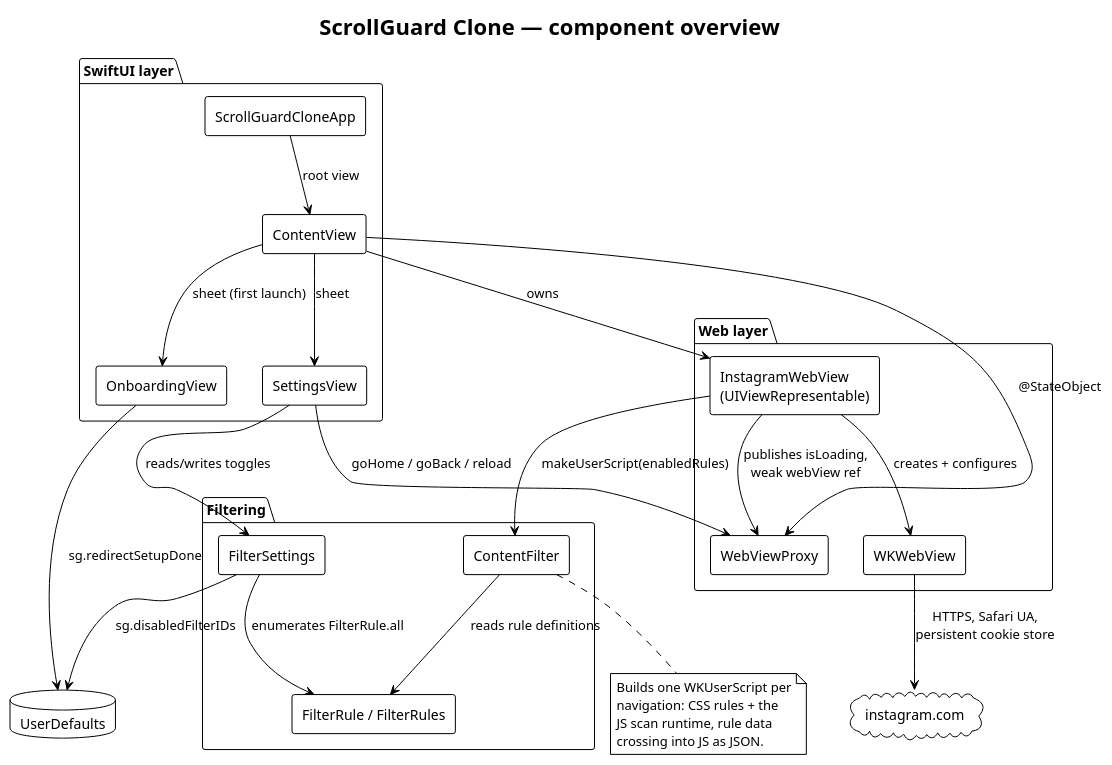
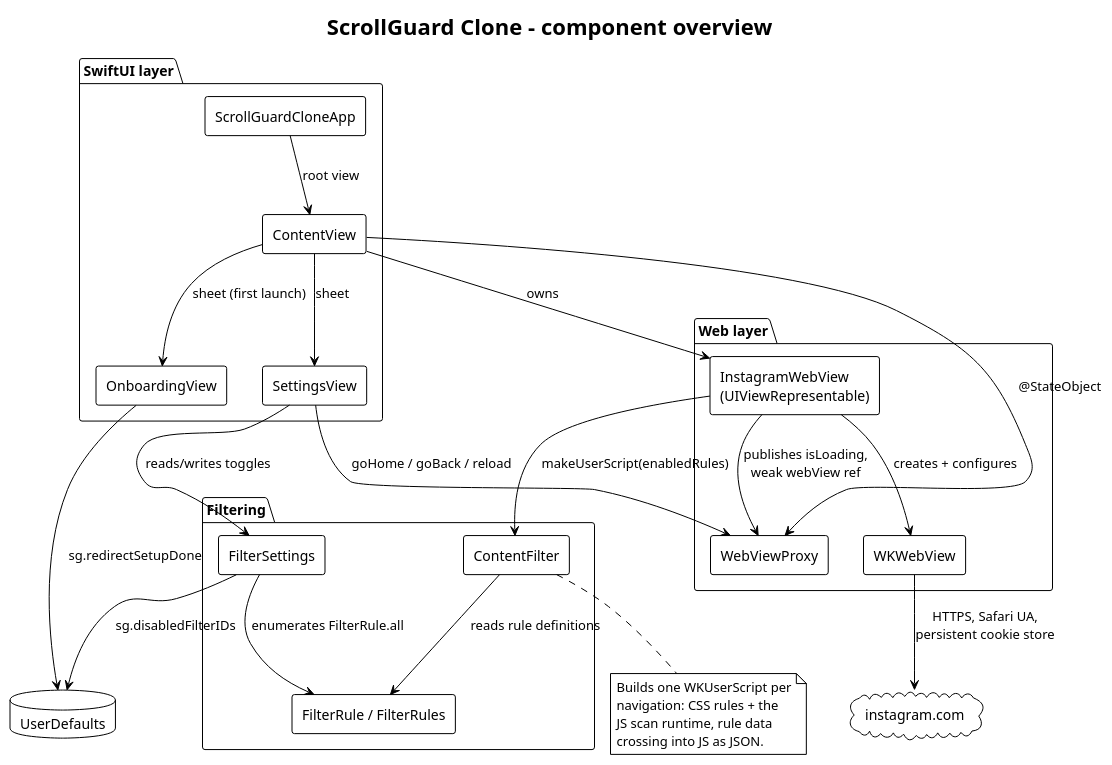
One commit to SimonStMichel/scroll-guard-clone changed the diagram in docs/diagrams/00-overview.puml. Above: the diagram before and after it, drawn with PlantUML. The commit also changed 19 other files, not shown here.

```diff
--- a/docs/diagrams/00-overview.puml
+++ b/docs/diagrams/00-overview.puml
@@ -1,52 +1,52 @@
 @startuml 00-overview
 !theme plain
-title ScrollGuard Clone — component overview
+title ScrollGuard Clone - component overview
 skinparam componentStyle rectangle
 skinparam wrapWidth 200
 
 package "SwiftUI layer" {
   [ScrollGuardCloneApp] as App
   [ContentView] as CV
   [SettingsView] as SV
   [OnboardingView] as OV
 }
 
 package "Web layer" {
   [InstagramWebView\n(UIViewRepresentable)] as WV
   [WebViewProxy] as Proxy
   [WKWebView] as WK
 }
 
 package "Filtering" {
   [ContentFilter] as CF
   [FilterRule / FilterRules] as FR
   [FilterSettings] as FS
 }
 
 database "UserDefaults" as UD
 cloud "instagram.com" as IG
 
 App --> CV : root view
 CV --> WV : owns
 CV --> SV : sheet
 CV --> OV : sheet (first launch)
 CV --> Proxy : @StateObject
 SV --> FS : reads/writes toggles
 SV --> Proxy : goHome / goBack / reload
 WV --> Proxy : publishes isLoading,\nweak webView ref
 WV --> WK : creates + configures
 WV --> CF : makeUserScript(enabledRules)
 CF --> FR : reads rule definitions
 FS --> FR : enumerates FilterRule.all
 FS --> UD : sg.disabledFilterIDs
 OV --> UD : sg.redirectSetupDone
 WK --> IG : HTTPS, Safari UA,\npersistent cookie store
 
 note bottom of CF
   Builds one WKUserScript per
   navigation: CSS rules + the
   JS scan runtime, rule data
   crossing into JS as JSON.
 end note
 
 @enduml
```
